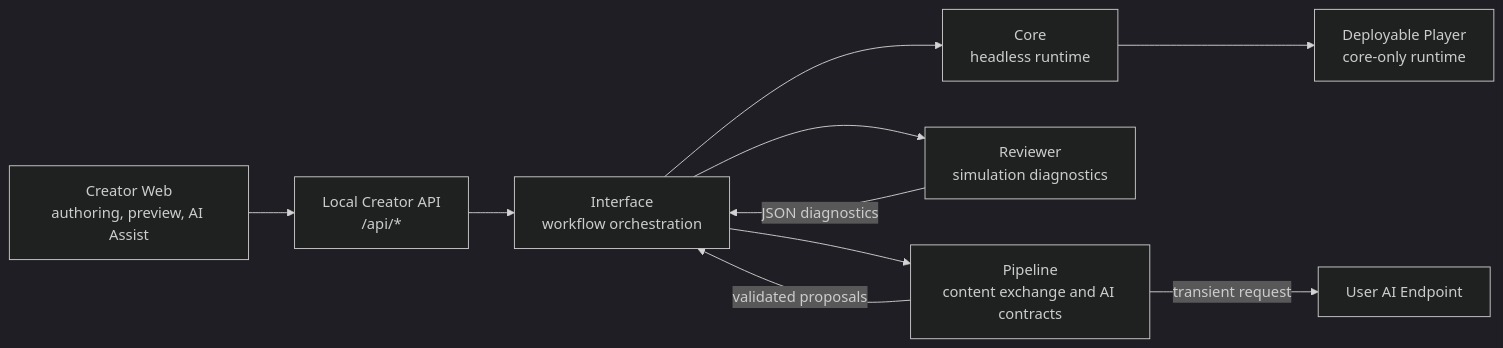
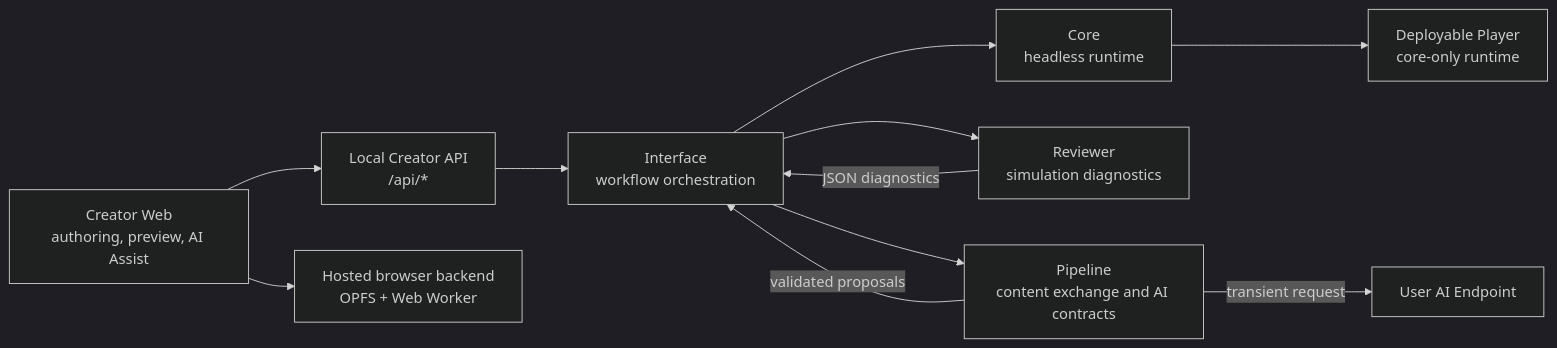
One commit to Sisyphe42/ReignsAgent changed the first of 2 diagrams in README.md. Above: the diagram before and after it, drawn with Mermaid (dark theme). The commit also changed other lines of this file and 7 other files, not shown here.

First line of the commit message:
test: verify hosted creator delivery

````diff
--- a/README.md
+++ b/README.md
@@ -114,21 +116,23 @@
 ```mermaid
 flowchart LR
   creator["Creator Web<br/>authoring, preview, AI Assist"]
   api["Local Creator API<br/>/api/*"]
   interface["Interface<br/>workflow orchestration"]
   pipeline["Pipeline<br/>content exchange and AI contracts"]
   reviewer["Reviewer<br/>simulation diagnostics"]
   core["Core<br/>headless runtime"]
   player["Deployable Player<br/>core-only runtime"]
   provider["User AI Endpoint"]
 
+  browserBackend["Hosted browser backend<br/>OPFS + Web Worker"]
   creator --> api
+  creator --> browserBackend
   api --> interface
   interface --> core
   interface --> reviewer
   interface --> pipeline
   pipeline -->|"transient request"| provider
   reviewer -->|"JSON diagnostics"| interface
   pipeline -->|"validated proposals"| interface
   core --> player
 ```
````
